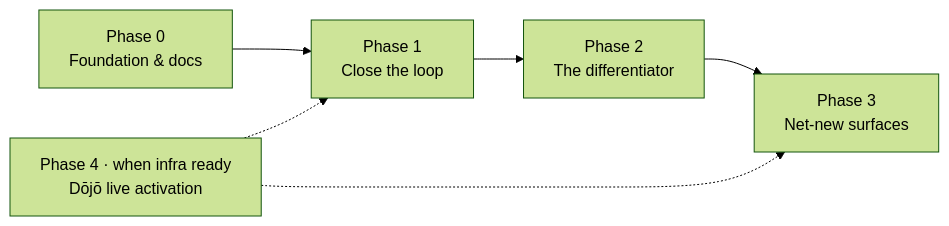
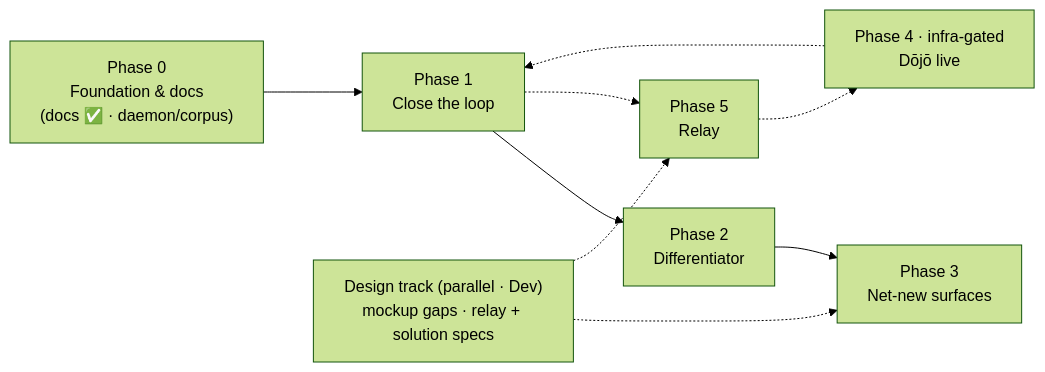
One commit to sensei-hq/sensei changed the second of 2 diagrams in docs/plan/README.md. Above: the diagram before and after it, drawn with Mermaid (forest theme). The commit also changed other lines of this file and 1 other file, not shown here.

First line of the commit message:
docs(backlog+plan): clean backlog to true open set + revisit plan phase-wise (add Relay)

````diff
--- a/docs/plan/README.md
+++ b/docs/plan/README.md
@@ -111,8 +114,11 @@
 ```mermaid
 flowchart LR
-    P0["Phase 0<br/>Foundation &amp; docs"] --> P1["Phase 1<br/>Close the loop"]
-    P1 --> P2["Phase 2<br/>The differentiator"]
+    P0["Phase 0<br/>Foundation &amp; docs<br/>(docs ✅ · daemon/corpus)"] --> P1["Phase 1<br/>Close the loop"]
+    P1 --> P2["Phase 2<br/>Differentiator"]
     P2 --> P3["Phase 3<br/>Net-new surfaces"]
-    P4["Phase 4 · when infra ready<br/>Dōjō live activation"] -.-> P1
-    P4 -.-> P3
+    P4["Phase 4 · infra-gated<br/>Dōjō live"] -.-> P1
+    P5["Phase 5<br/>Relay"] -.-> P4
+    P1 -.-> P5
+    DES["Design track (parallel · Dev)<br/>mockup gaps · relay + solution specs"] -.-> P3
+    DES -.-> P5
 ```
````
